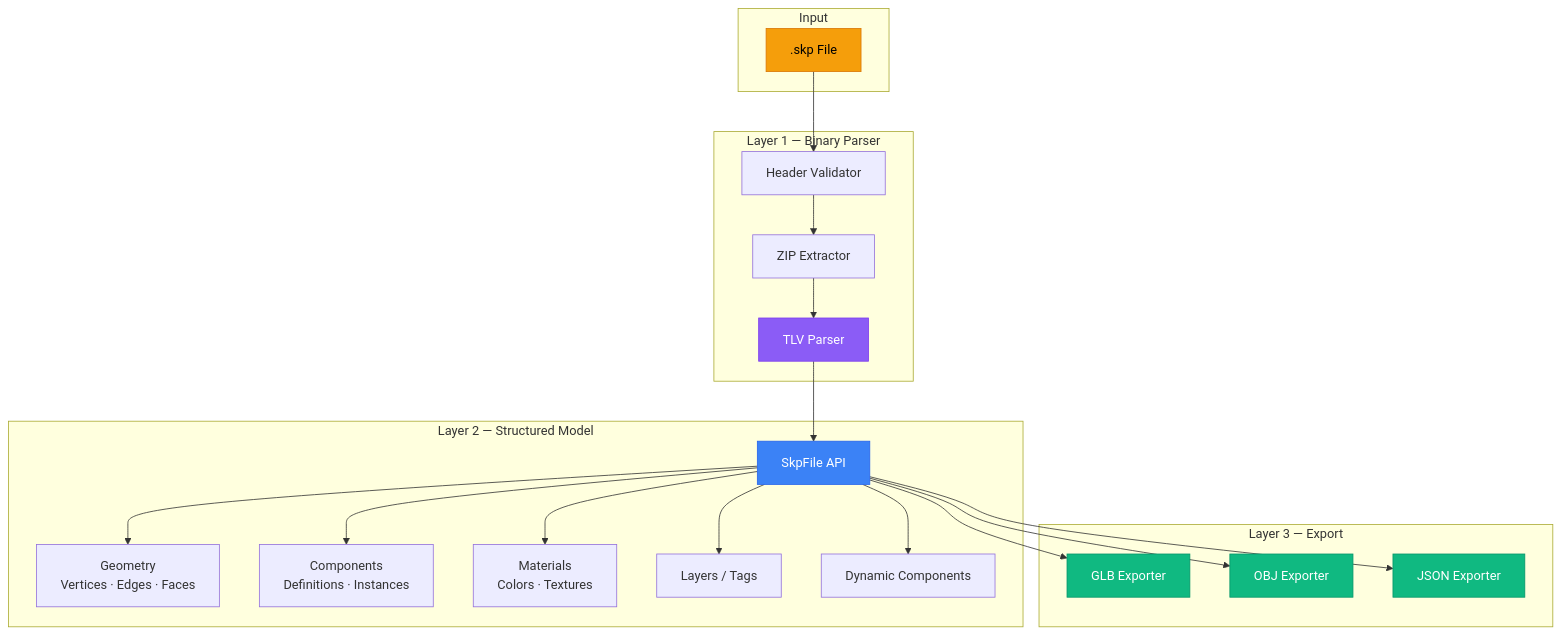
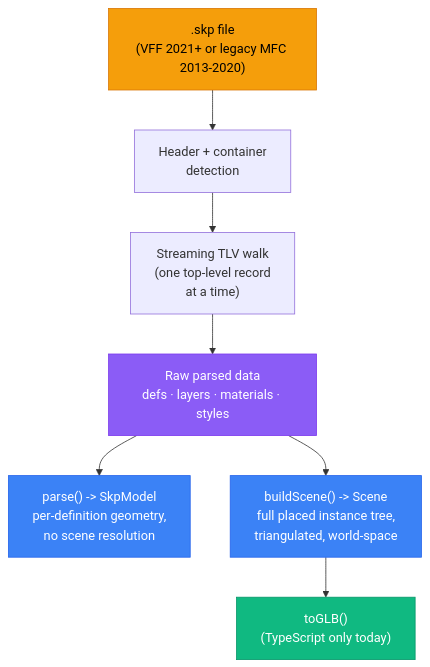
Before and after one commit to iamahsanmehmood/openskp: the diagram in README.md, drawn with Mermaid. The commit also changed other lines of this file and 6 other files, not shown here.

````diff
--- a/README.md
+++ b/README.md
@@ -164,47 +187,15 @@
 ```mermaid
 graph TB
-    subgraph "Layer 3 — Export"
-        GLB["GLB Exporter"]
-        OBJ["OBJ Exporter"]
-        JSON["JSON Exporter"]
-    end
-
-    subgraph "Layer 2 — Structured Model"
-        SM["SkpFile API"]
-        GEO["Geometry<br/>Vertices · Edges · Faces"]
-        COMP["Components<br/>Definitions · Instances"]
-        MAT["Materials<br/>Colors · Textures"]
-        LAYER["Layers / Tags"]
-        DC["Dynamic Components"]
-    end
-
-    subgraph "Layer 1 — Binary Parser"
-        ZIP["ZIP Extractor"]
-        TLV["TLV Parser"]
-        HDR["Header Validator"]
-    end
-
-    subgraph "Input"
-        SKP[".skp File"]
-    end
-
-    SKP --> HDR
-    HDR --> ZIP
-    ZIP --> TLV
-    TLV --> SM
-    SM --> GEO
-    SM --> COMP
-    SM --> MAT
-    SM --> LAYER
-    SM --> DC
-    SM --> GLB
-    SM --> OBJ
-    SM --> JSON
+    SKP[".skp file<br/>(VFF 2021+ or legacy MFC 2013-2020)"] --> HDR["Header + container<br/>detection"]
+    HDR --> WALK["Streaming TLV walk<br/>(one top-level record<br/>at a time)"]
+    WALK --> RAW["Raw parsed data<br/>defs · layers · materials · styles"]
+    RAW --> PARSE["parse() -> SkpModel<br/>per-definition geometry,<br/>no scene resolution"]
+    RAW --> SCENE["buildScene() -> Scene<br/>full placed instance tree,<br/>triangulated, world-space"]
+    SCENE --> GLB["toGLB()<br/>(TypeScript only today)"]
 
     style SKP fill:#f59e0b,color:#000,stroke:#d97706
-    style SM fill:#3b82f6,color:#fff,stroke:#2563eb
-    style TLV fill:#8b5cf6,color:#fff,stroke:#7c3aed
+    style RAW fill:#8b5cf6,color:#fff,stroke:#7c3aed
+    style PARSE fill:#3b82f6,color:#fff,stroke:#2563eb
+    style SCENE fill:#3b82f6,color:#fff,stroke:#2563eb
     style GLB fill:#10b981,color:#fff,stroke:#059669
-    style OBJ fill:#10b981,color:#fff,stroke:#059669
-    style JSON fill:#10b981,color:#fff,stroke:#059669
 ```
````
